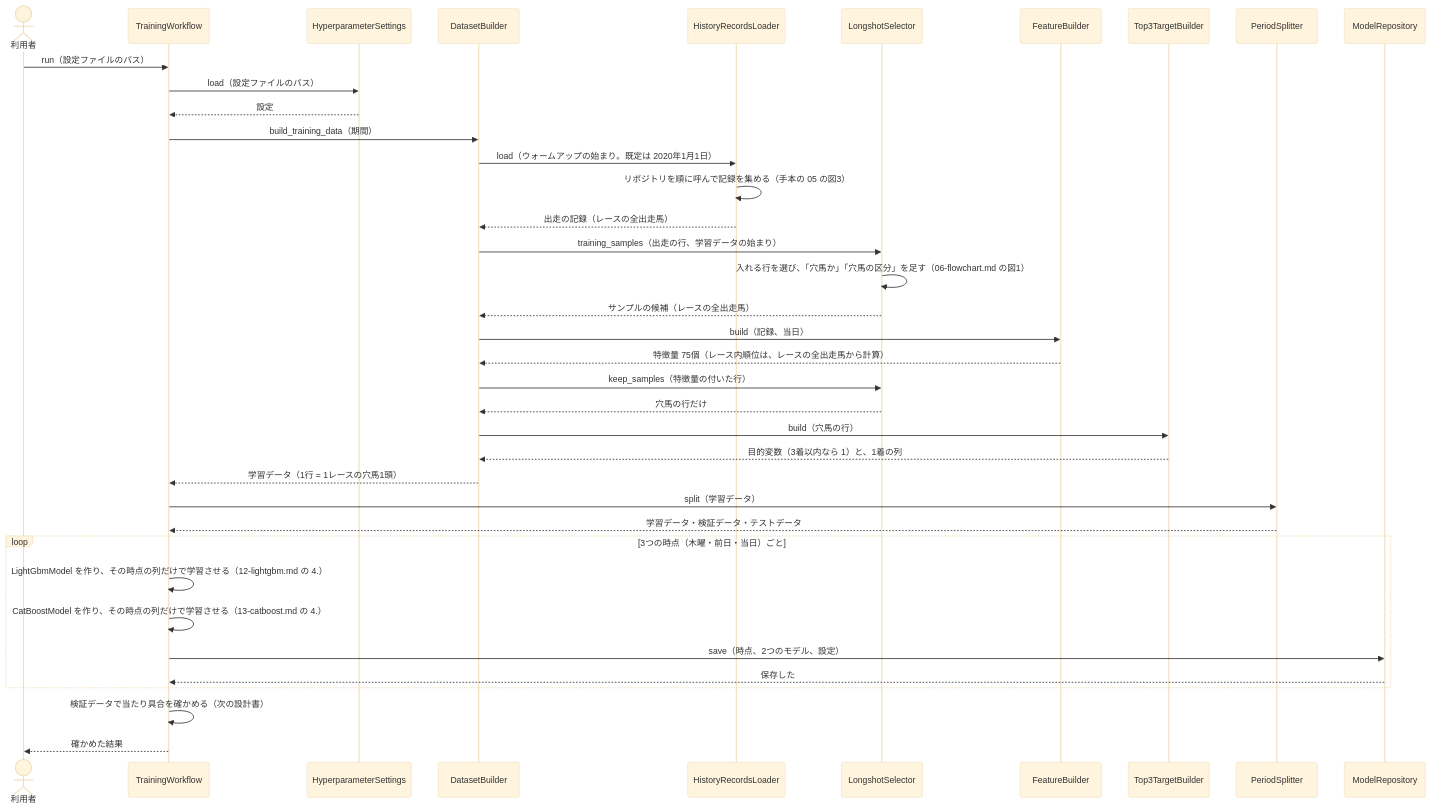
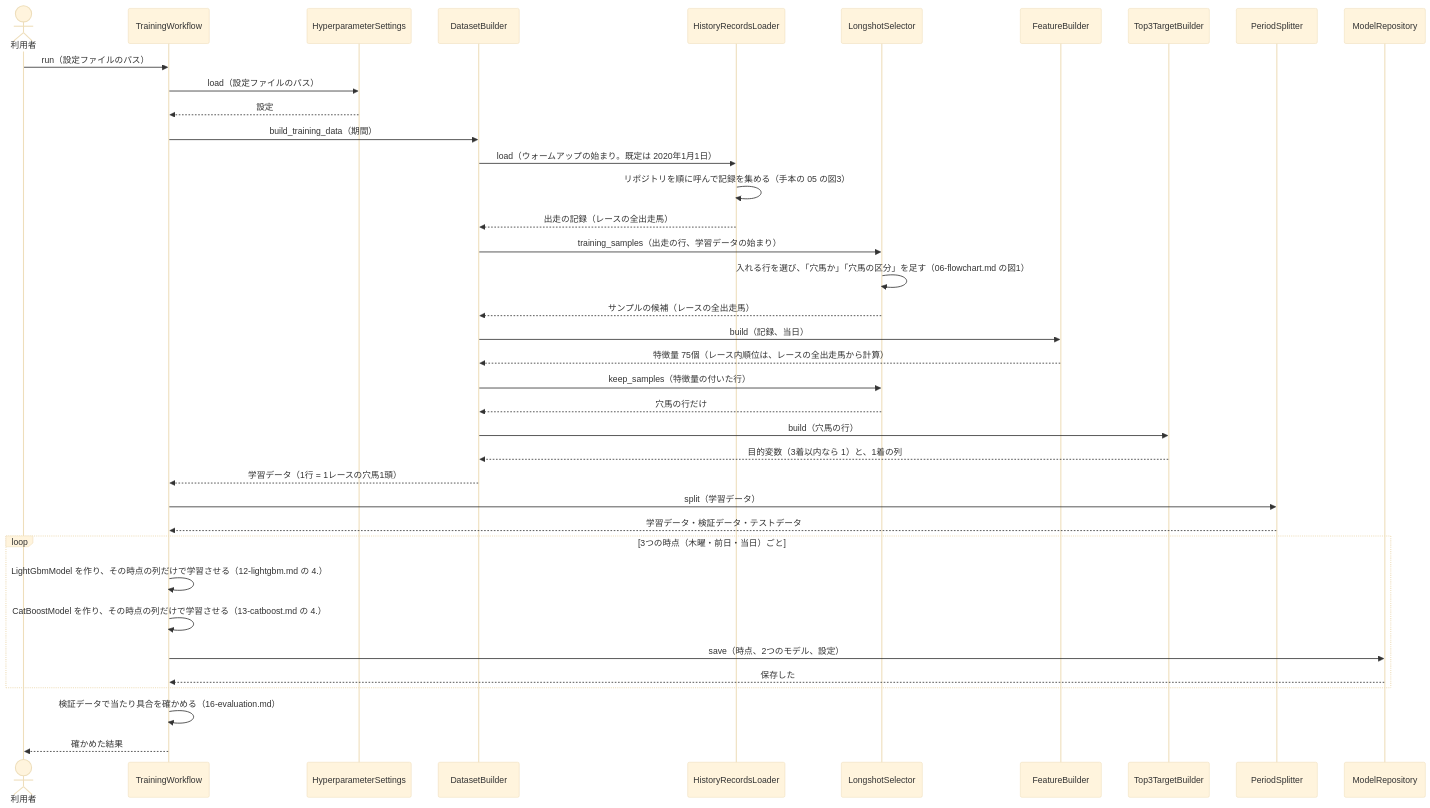
Before and after one commit to ht-0328/keiba-yosou: the first of 2 diagrams in docs/design/穴馬が3着以内に入るかを予想/05-sequence.md, drawn with Mermaid (base theme). The commit also changed other lines of this file and 17 other files, not shown here.

````diff
--- a/docs/design/穴馬が3着以内に入るかを予想/05-sequence.md
+++ b/docs/design/穴馬が3着以内に入るかを予想/05-sequence.md
@@ -13,40 +13,40 @@
 ```mermaid
 sequenceDiagram
     actor U as 利用者
     participant W as TrainingWorkflow
     participant H as HyperparameterSettings
     participant D as DatasetBuilder
     participant L as HistoryRecordsLoader
     participant LS as LongshotSelector
     participant F as FeatureBuilder
     participant T as Top3TargetBuilder
     participant S as PeriodSplitter
     participant MR as ModelRepository
     U->>W: run（設定ファイルのパス）
     W->>H: load（設定ファイルのパス）
     H-->>W: 設定
     W->>D: build_training_data（期間）
     D->>L: load（ウォームアップの始まり。既定は 2020年1月1日）
     L->>L: リポジトリを順に呼んで記録を集める（手本の 05 の図3）
     L-->>D: 出走の記録（レースの全出走馬）
     D->>LS: training_samples（出走の行、学習データの始まり）
     LS->>LS: 入れる行を選び、「穴馬か」「穴馬の区分」を足す（06-flowchart.md の図1）
     LS-->>D: サンプルの候補（レースの全出走馬）
     D->>F: build（記録、当日）
     F-->>D: 特徴量 75個（レース内順位は、レースの全出走馬から計算）
     D->>LS: keep_samples（特徴量の付いた行）
     LS-->>D: 穴馬の行だけ
     D->>T: build（穴馬の行）
     T-->>D: 目的変数（3着以内なら 1）と、1着の列
     D-->>W: 学習データ（1行 = 1レースの穴馬1頭）
     W->>S: split（学習データ）
     S-->>W: 学習データ・検証データ・テストデータ
     loop 3つの時点（木曜・前日・当日）ごと
         W->>W: LightGbmModel を作り、その時点の列だけで学習させる（12-lightgbm.md の 4.）
         W->>W: CatBoostModel を作り、その時点の列だけで学習させる（13-catboost.md の 4.）
         W->>MR: save（時点、2つのモデル、設定）
         MR-->>W: 保存した
     end
-    W->>W: 検証データで当たり具合を確かめる（次の設計書）
+    W->>W: 検証データで当たり具合を確かめる（16-evaluation.md）
     W-->>U: 確かめた結果
 ```
````
